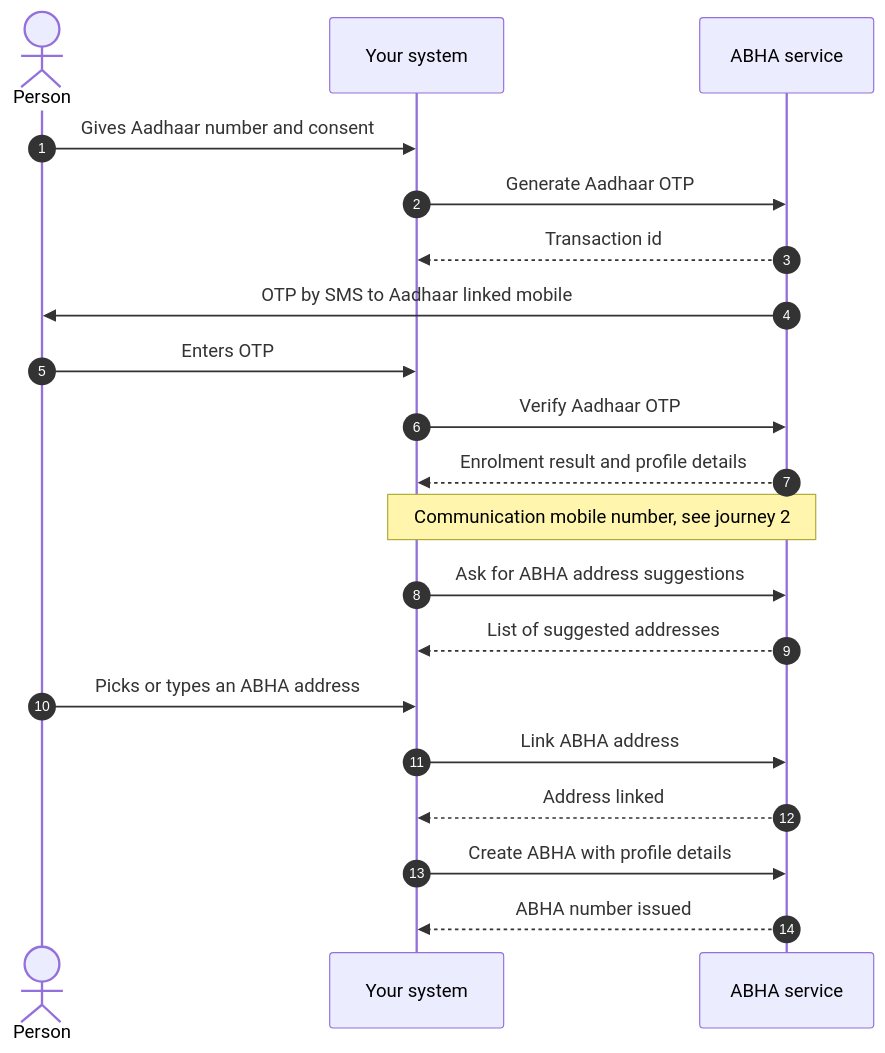
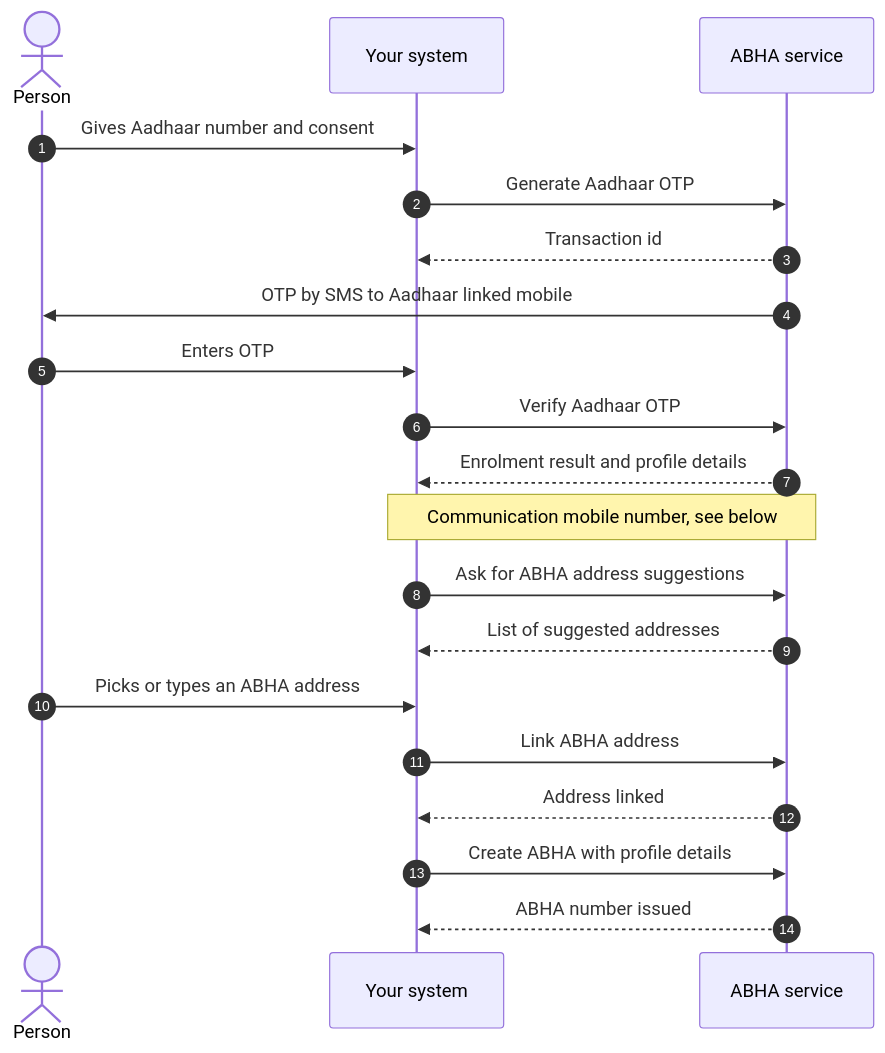
The second of 11 diagrams in site/docs/hiecm/v3/milestones/m1.mdx (nha-in/docs), drawn with Mermaid before and after one commit. The commit also changed other lines of this file, not shown here.

````diff
--- a/site/docs/hiecm/v3/milestones/m1.mdx
+++ b/site/docs/hiecm/v3/milestones/m1.mdx
@@ -171,22 +202,22 @@
 ```mermaid
 sequenceDiagram
     autonumber
     actor P as Person
     participant S as Your system
     participant A as ABHA service
     P->>S: Gives Aadhaar number and consent
     S->>A: Generate Aadhaar OTP
     A-->>S: Transaction id
     A->>P: OTP by SMS to Aadhaar linked mobile
     P->>S: Enters OTP
     S->>A: Verify Aadhaar OTP
     A-->>S: Enrolment result and profile details
-    Note over S,A: Communication mobile number, see journey 2
+    Note over S,A: Communication mobile number, see below
     S->>A: Ask for ABHA address suggestions
     A-->>S: List of suggested addresses
     P->>S: Picks or types an ABHA address
     S->>A: Link ABHA address
     A-->>S: Address linked
     S->>A: Create ABHA with profile details
     A-->>S: ABHA number issued
 ```
````
